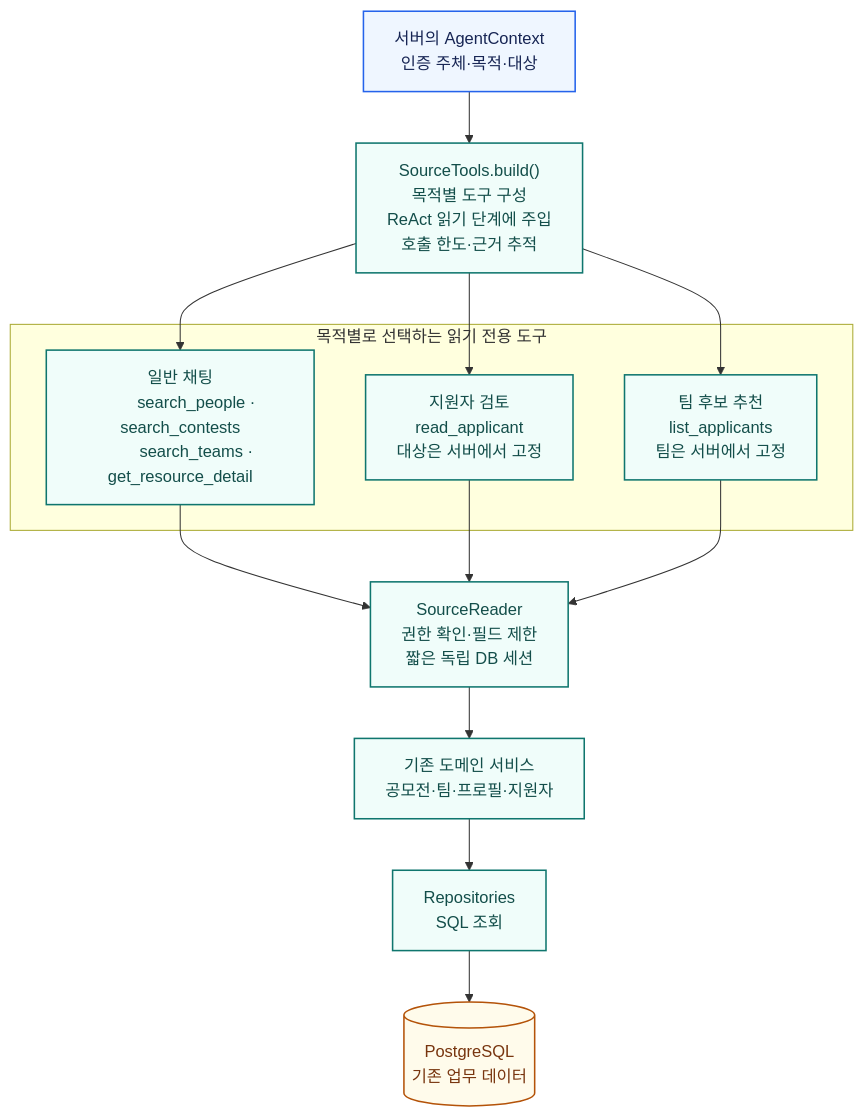
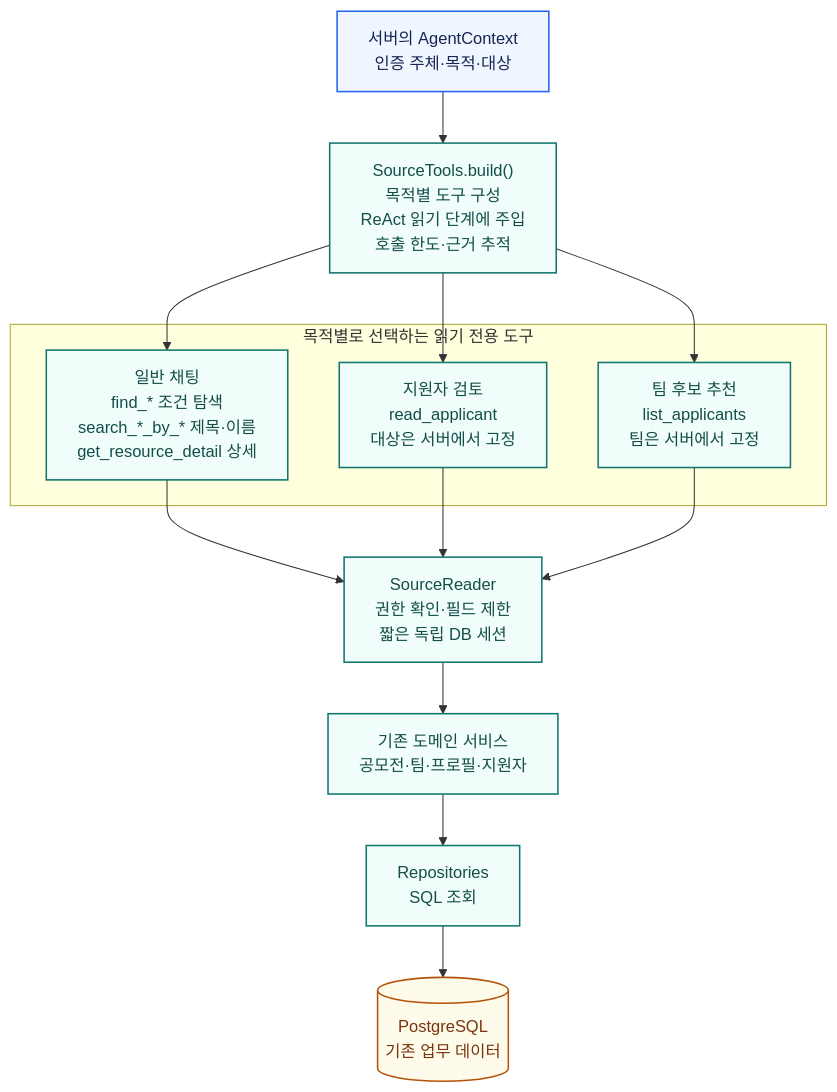
The diagram in docs/development/diagrams/ai-tools.mmd (wejo-team/sku-dreamon), drawn with Mermaid before and after one commit. The commit also changed 19 other files, not shown here.

```diff
--- a/docs/development/diagrams/ai-tools.mmd
+++ b/docs/development/diagrams/ai-tools.mmd
@@ -1,43 +1,44 @@
 flowchart TB
     accTitle: 목적별 도구 생성과 서비스 연결
     accDescr: 서버 컨텍스트를 받은 SourceTools가 일반 채팅, 개별 지원 검토, 팀 후보 추천별 도구를 구성한다. 모든 도구는 SourceReader를 통해 기존 서비스와 PostgreSQL을 조회한다.
     context["서버의 AgentContext
     인증 주체·목적·대상"]
     factory["SourceTools.build()
     목적별 도구 구성
     ReAct 읽기 단계에 주입
     호출 한도·근거 추적"]
     subgraph toolset["목적별로 선택하는 읽기 전용 도구"]
         chat["일반 채팅
-        search_people · search_contests
-        search_teams · get_resource_detail"]
+        find_* 조건 탐색
+        search_*_by_* 제목·이름
+        get_resource_detail 상세"]
         review["지원자 검토
         read_applicant
         대상은 서버에서 고정"]
         recommend["팀 후보 추천
         list_applicants
         팀은 서버에서 고정"]
     end
     reader["SourceReader
     권한 확인·필드 제한
     짧은 독립 DB 세션"]
     domain["기존 도메인 서비스
     공모전·팀·프로필·지원자"]
     repository["Repositories
     SQL 조회"]
     database[("PostgreSQL
     기존 업무 데이터")]
     context --> factory
     factory --> chat
     factory --> review
     factory --> recommend
     chat --> reader
     review --> reader
     recommend --> reader
     reader --> domain --> repository --> database
     classDef contextStyle fill:#eff6ff,stroke:#2563eb,color:#172554,stroke-width:1.5px;
     classDef toolStyle fill:#f0fdfa,stroke:#0f766e,color:#134e4a,stroke-width:1.5px;
     classDef dataStyle fill:#fffbeb,stroke:#b45309,color:#78350f,stroke-width:1.5px;
     class context contextStyle;
     class factory,chat,review,recommend,reader,domain,repository toolStyle;
     class database dataStyle;
```
